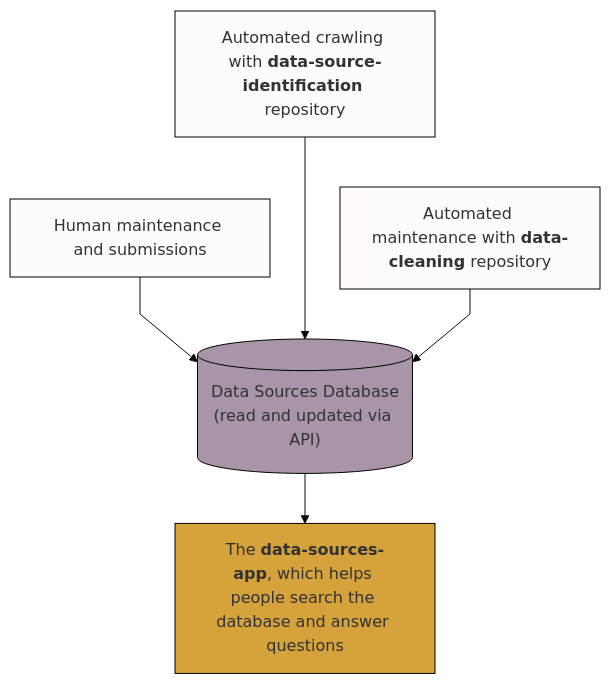
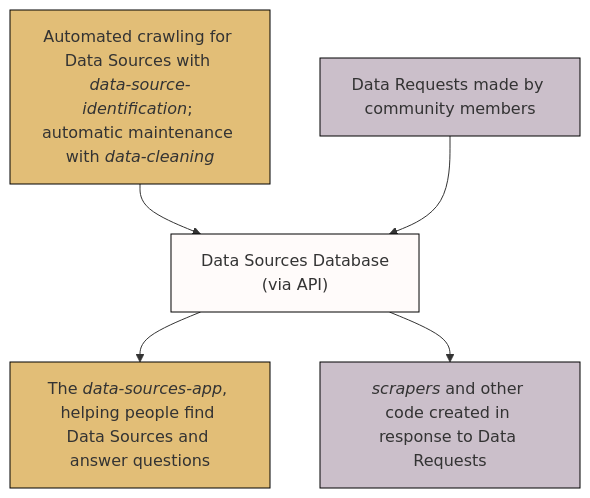
The diagram in profile/README.md (Police-Data-Accessibility-Project/.github), drawn with Mermaid before and after one commit. The commit also changed other lines of this file, not shown here.

Commit message:
diagram tweaks

````diff
--- a/profile/README.md
+++ b/profile/README.md
@@ -20,25 +20,26 @@
 ```mermaid %% Here's a guide to mermaid syntax: https://mermaid.js.org/syntax/flowchart.html
 
 %%{ init: {
-    'theme': 'base',
-    'flowchart': {'curve': 'linear'}
+    'flowchart': {'curve': 'basis'}
   } }%%
 
 flowchart TD
 
 classDef white fill:#fffbfa,stroke:black
-classDef purple fill:#a895a7,stroke:black
-classDef gold fill:#d5a23c,stroke:black
+classDef purple fill:#cbbfca,stroke:black
+classDef gold fill:#e2be77,stroke:black
 
-  submissions["`Human maintenance and submissions`"]
-  crawling["`Automated crawling with **data-source-identification** repository`"]
-  maintenance["`Automated maintenance with **data-cleaning** repository`"]
-  db[("`Data Sources Database
-(read and updated via API)`")]
-  app["`The **data-sources-app**, which helps people search the database and answer questions`"]
+requests["`Data Requests made by community members`"]:::purple
+automation["`Automated crawling for Data Sources with 
+*data-source-identification*; 
+automatic maintenance with *data-cleaning*`"]:::gold
+db["`Data Sources Database 
+(via API)`"]:::white
+scrapers["`*scrapers* and other code created in response to Data Requests`"]:::purple
+app["`The *data-sources-app*, helping people find Data Sources and answer questions`"]:::gold
 
-submissions:::white --> db:::purple;
-crawling:::white ---> db;
-maintenance:::white --> db;
-db --> app:::gold;
+automation --> db;
+db --> app;
+requests --> db 
+db --> scrapers
 ```
````
